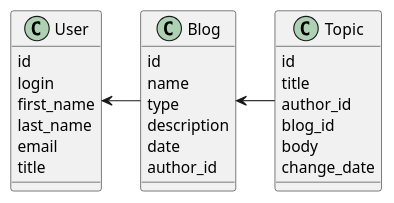
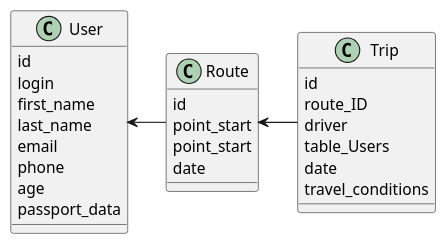
Before and after one commit to standardPrimitive/homework: the second of 2 diagrams in components.md, drawn with PlantUML. The commit also changed other lines of this file and 3 other files, not shown here.

````diff
--- a/components.md
+++ b/components.md
@@ -84,35 +86,35 @@
 ```puml
 @startuml
 
-class Blog {
+class Route {
   id
-  name
-  type
-  description
+  point_start
+  point_start
   date
-  author_id
 }
 
 class User {
   id
   login
   first_name
   last_name
   email
-  title
+  phone
+  age
+  passport_data
 }
 
-class Topic {
+class Trip {
   id
-  title
-  author_id
-  blog_id
-  body
-  change_date
+  route_ID
+  driver
+  table_Users
+  date
+  travel_conditions
 }
 
-User <- Blog
-Blog <- Topic
+User <- Route
+Route <- Trip
 
 @enduml
 ```
````
